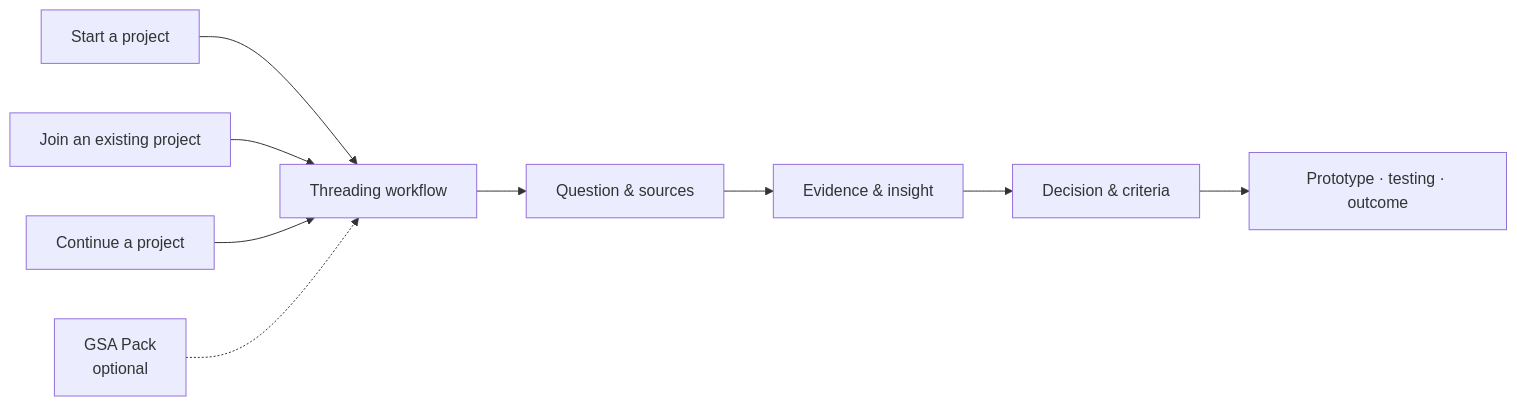
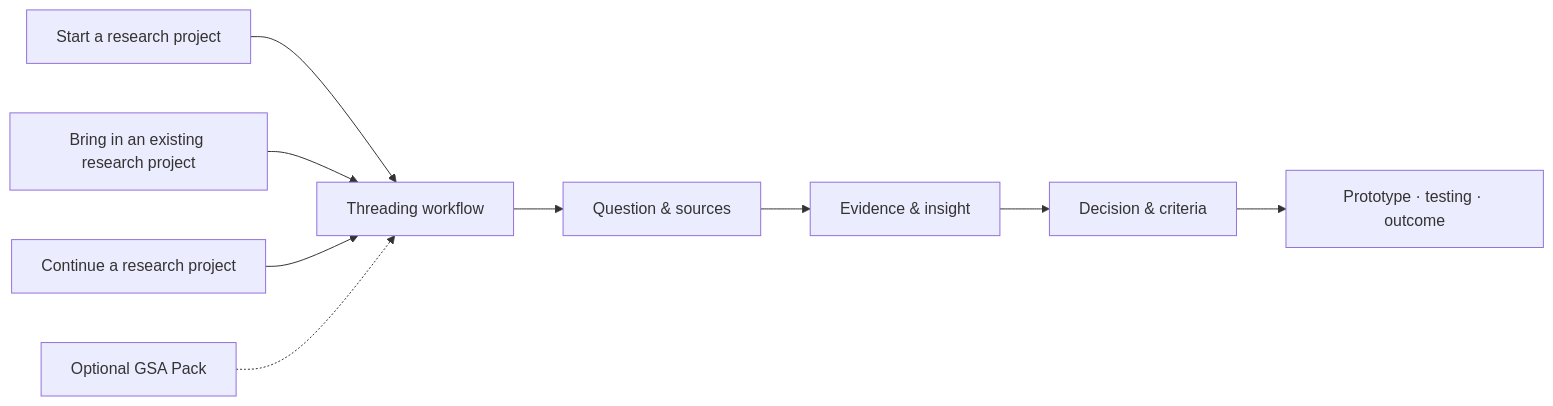
The diagram in README.en.md (51younglowkey/Threading), drawn with Mermaid before and after one commit. The commit also changed other lines of this file and 23 other files, not shown here.

````diff
--- a/README.en.md
+++ b/README.en.md
@@ -15,11 +15,11 @@
 ```mermaid
 flowchart LR
-    A[Start a project] --> B[Threading workflow]
-    A2[Join an existing project] --> B
-    A3[Continue a project] --> B
+    A[Start a research project] --> B[Threading workflow]
+    A2[Bring in an existing research project] --> B
+    A3[Continue a research project] --> B
     B --> C[Question & sources]
     C --> D[Evidence & insight]
     D --> E[Decision & criteria]
     E --> F[Prototype · testing · outcome]
-    G[GSA Pack<br/>optional] -.-> B
+    G[Optional GSA Pack] -.-> B
 ```
````
